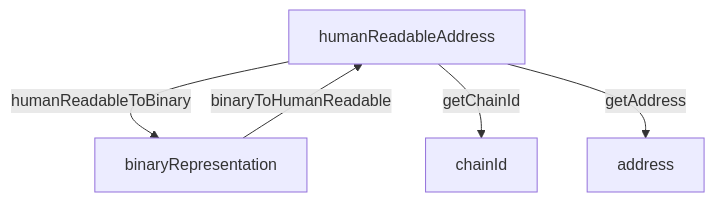
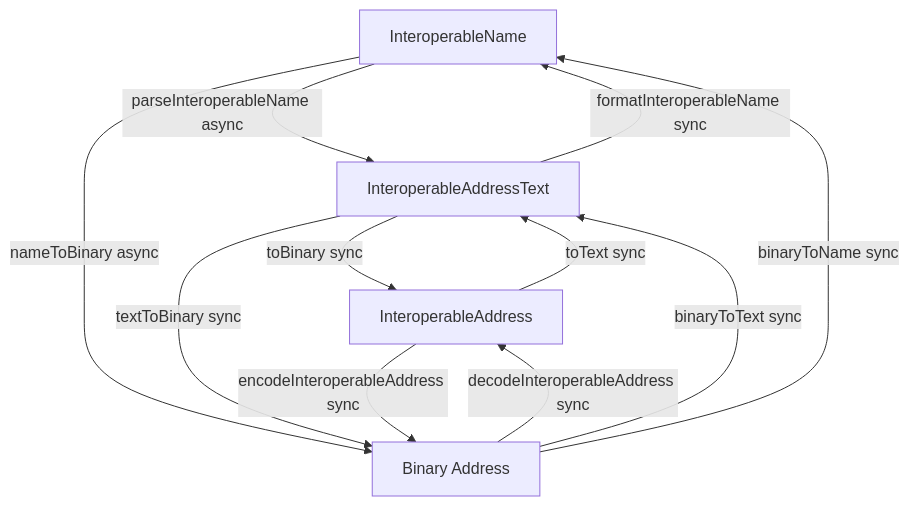
One commit to defi-wonderland/interop-sdk changed the diagram in apps/docs/docs/addresses/getting-started.md. Above: the diagram before and after it, drawn with Mermaid. The commit also changed other lines of this file and 16 other files, not shown here.

````diff
--- a/apps/docs/docs/addresses/getting-started.md
+++ b/apps/docs/docs/addresses/getting-started.md
@@ -70,13 +120,18 @@
 ```mermaid
 graph TD
-    A[humanReadableAddress]
-    C[binaryRepresentation]
-    D[chainId]
-    E[address]
+    A[InteroperableName]
+    B[InteroperableAddressText]
+    C[InteroperableAddress]
+    D[Binary Address]
 
-
-    A -->|humanReadableToBinary| C
-    C -->|binaryToHumanReadable| A
-    A -->|getChainId| D
-    A -->|getAddress| E
+    A -->|parseInteroperableName async| B
+    A -->|nameToBinary async| D
+    B -->|toBinary sync| C
+    B -->|textToBinary sync| D
+    C -->|encodeInteroperableAddress sync| D
+    C -->|toText sync| B
+    D -->|decodeInteroperableAddress sync| C
+    D -->|binaryToText sync| B
+    D -->|binaryToName sync| A
+    B -->|formatInteroperableName sync| A
 ```
````
